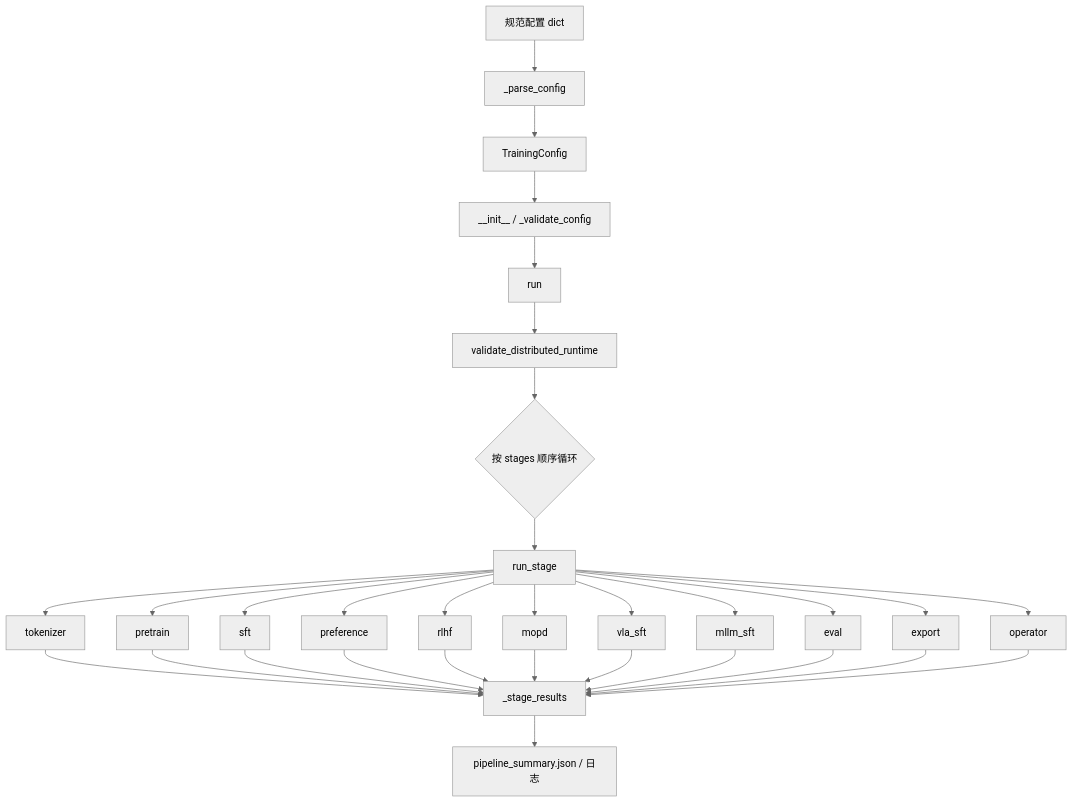
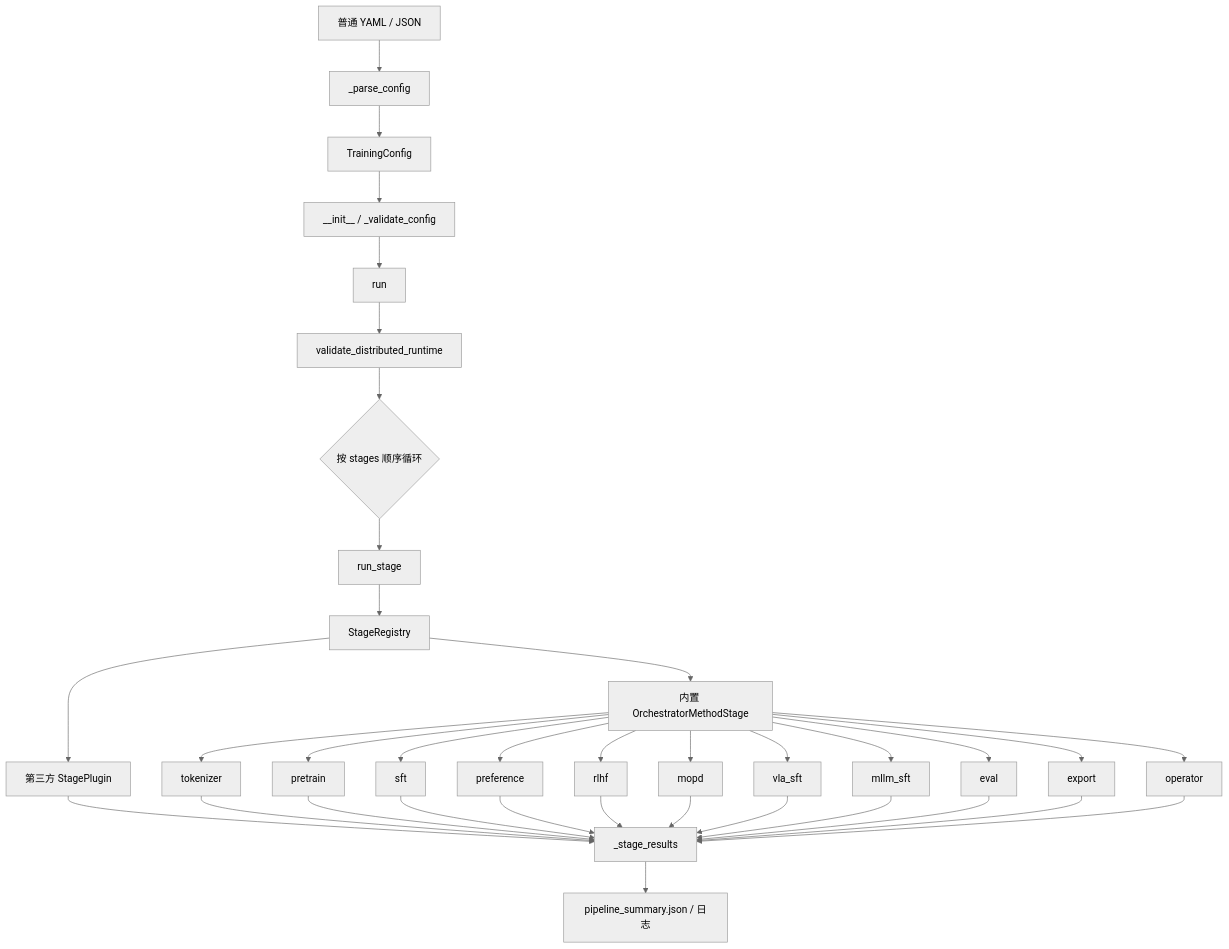
One commit to niqinggood/saddlellm changed the second of 11 diagrams in docs/ARCHITECTURE.md. Above: the diagram before and after it, drawn with Mermaid (neutral theme). The commit also changed other lines of this file and 274 other files, not shown here.

````diff
--- a/docs/ARCHITECTURE.md
+++ b/docs/ARCHITECTURE.md
@@ -196,23 +208,27 @@
 ```mermaid
 flowchart TD
-    Raw[规范配置 dict] --> Parse[_parse_config]
+    File[普通 YAML / JSON] --> Parse[_parse_config]
     Parse --> TC[TrainingConfig]
     TC --> Init[__init__ / _validate_config]
     Init --> Run[run]
     Run --> Dist[validate_distributed_runtime]
     Dist --> Loop{按 stages 顺序循环}
     Loop --> Dispatch[run_stage]
-    Dispatch --> Tok[tokenizer]
-    Dispatch --> Pre[pretrain]
-    Dispatch --> SFT[sft]
-    Dispatch --> Pref[preference]
-    Dispatch --> RLHF[rlhf]
-    Dispatch --> MOPD[mopd]
-    Dispatch --> VLA[vla_sft]
-    Dispatch --> MLLM[mllm_sft]
-    Dispatch --> EV[eval]
-    Dispatch --> EX[export]
-    Dispatch --> OP[operator]
+    Dispatch --> Registry[StageRegistry]
+    Registry --> Builtin[内置 OrchestratorMethodStage]
+    Registry --> External[第三方 StagePlugin]
+    Builtin --> Tok[tokenizer]
+    Builtin --> Pre[pretrain]
+    Builtin --> SFT[sft]
+    Builtin --> Pref[preference]
+    Builtin --> RLHF[rlhf]
+    Builtin --> MOPD[mopd]
+    Builtin --> VLA[vla_sft]
+    Builtin --> MLLM[mllm_sft]
+    Builtin --> EV[eval]
+    Builtin --> EX[export]
+    Builtin --> OP[operator]
+    External --> Results
     Tok & Pre & SFT & Pref & RLHF & MOPD & VLA & MLLM & EV & EX & OP --> Results[_stage_results]
     Results --> Summary[pipeline_summary.json / 日志]
 ```
````
